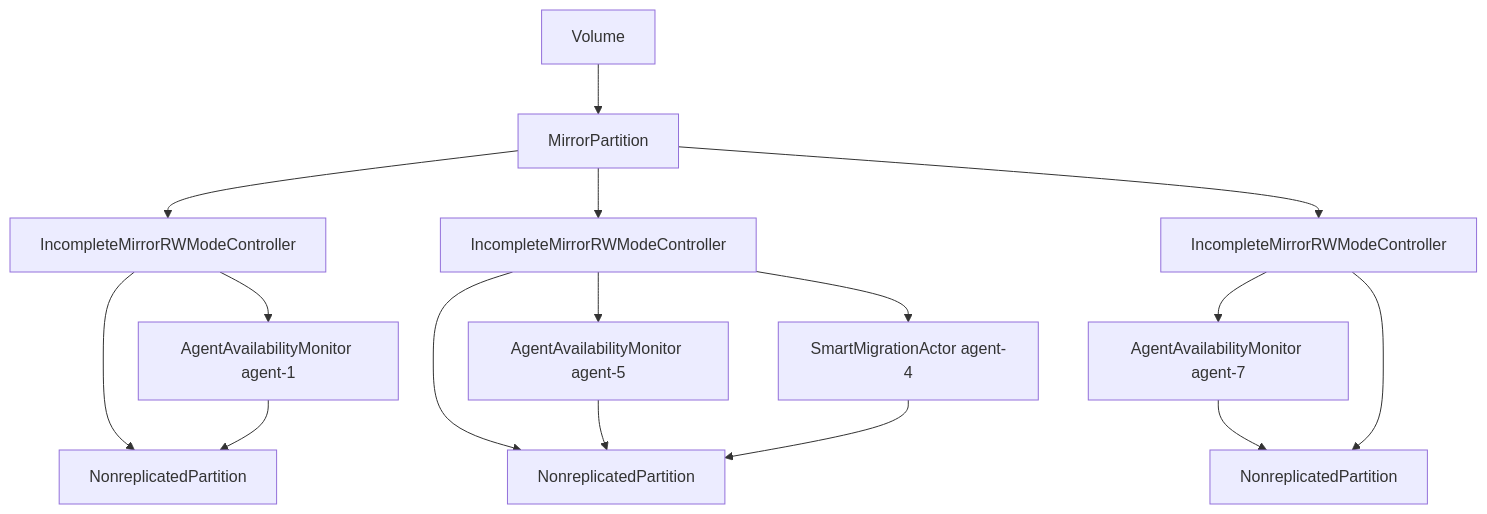
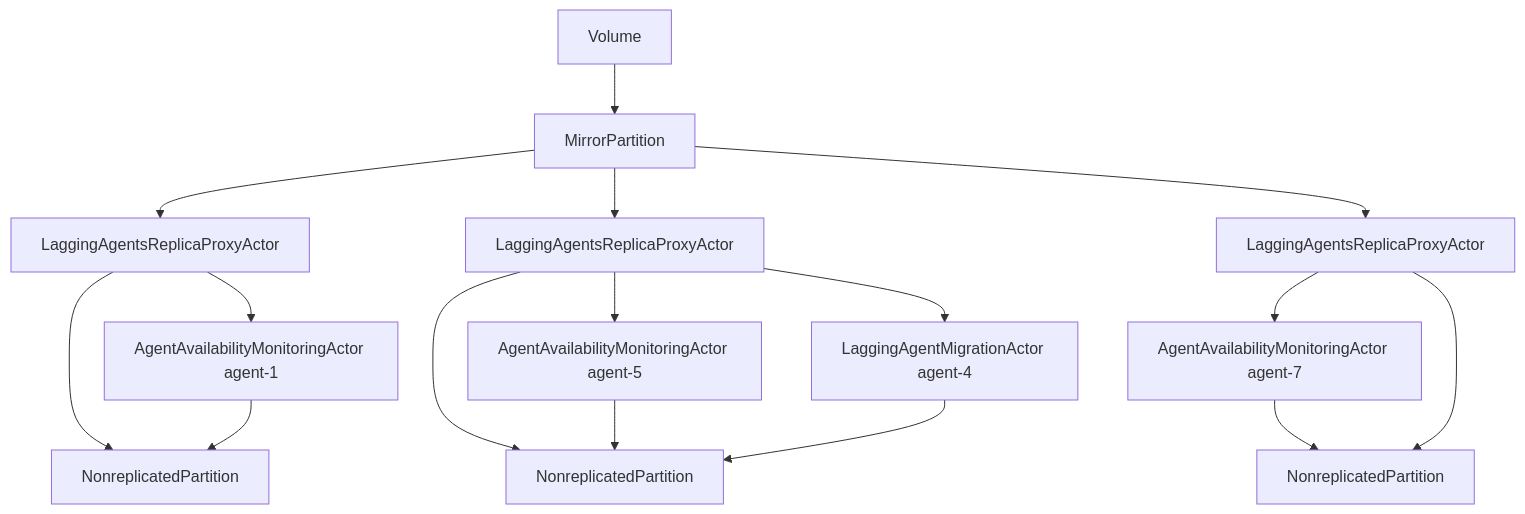
The first of 2 diagrams in doc/blockstore/storage/dynamic_io_mirroring_proposal.md (ydb-platform/nbs), drawn with Mermaid before and after one commit. The commit also changed other lines of this file and 26 other files, not shown here.

Commit message:
Lagging devices large tests; Logs fixes; Separate config params for migration speed of lagging devices; Actualize docs

````diff
--- a/doc/blockstore/storage/dynamic_io_mirroring_proposal.md
+++ b/doc/blockstore/storage/dynamic_io_mirroring_proposal.md
@@ -43,18 +43,18 @@
 ```mermaid
 flowchart TD
     A[Volume]  --> B[MirrorPartition]
-    B --> C[IncompleteMirrorRWModeController]
-    B --> D[IncompleteMirrorRWModeController]
-    B --> E[IncompleteMirrorRWModeController]
-    C --> F[AgentAvailabilityMonitor agent-1]
+    B --> C[LaggingAgentsReplicaProxyActor]
+    B --> D[LaggingAgentsReplicaProxyActor]
+    B --> E[LaggingAgentsReplicaProxyActor]
+    C --> F[AgentAvailabilityMonitoringActor agent-1]
     C --> G[NonreplicatedPartition]
     F --> G
-    D --> H[AgentAvailabilityMonitor agent-5]
-    D --> I[SmartMigrationActor agent-4]
+    D --> H[AgentAvailabilityMonitoringActor agent-5]
+    D --> I[LaggingAgentMigrationActor agent-4]
     D --> J[NonreplicatedPartition]
     H --> J
     I --> J
-    E --> K[AgentAvailabilityMonitor agent-7]
+    E --> K[AgentAvailabilityMonitoringActor agent-7]
     K --> L[NonreplicatedPartition]
     E --> L
 ```
````
